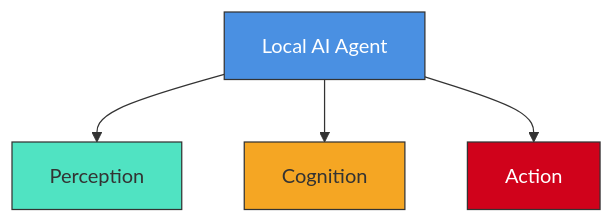
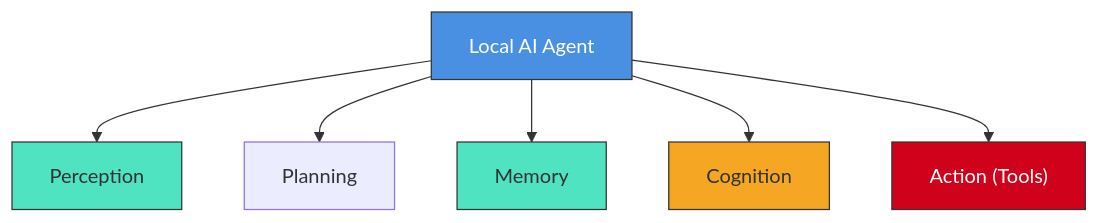
Before and after one commit to agent-tops/website: the diagram in src/content/learn/local-ai-agents.md, drawn with Mermaid.

Commit message:
Add memory

````diff
--- a/src/content/learn/local-ai-agents.md
+++ b/src/content/learn/local-ai-agents.md
@@ -15,14 +15,17 @@
 ```mermaid
 
 flowchart TB
     A[Local AI Agent] --> P[Perception]
+    A --> Pl[Planning]
+    A --> M[Memory]
     A --> C[Cognition]
-    A --> Ac[Action]
+    A --> Ac["Action (Tools)"]
     
     style A fill:#4a90e2,color:white,stroke:#333
     style P fill:#50e3c2,stroke:#333
+    style M fill:#50e3c2,stroke:#333
     style C fill:#f5a623,stroke:#333
     style Ac fill:#d0021b,color:white,stroke:#333
 
 
 ```
````
